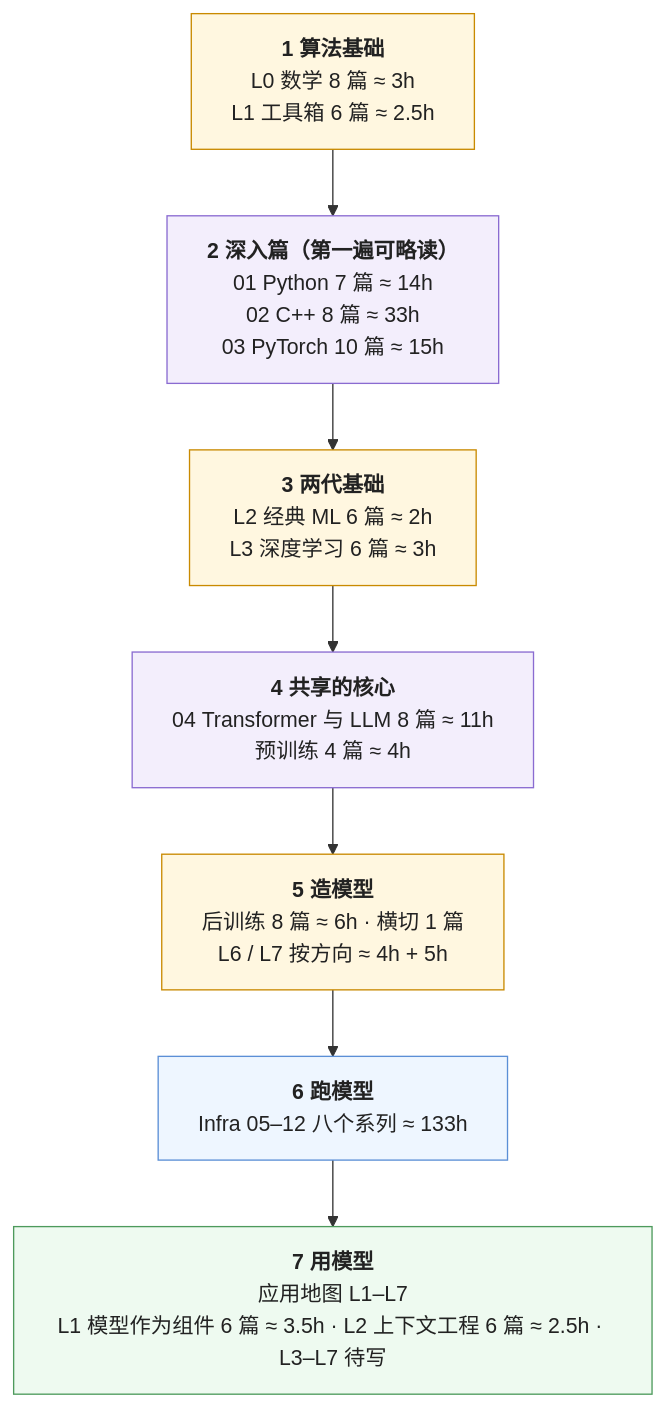
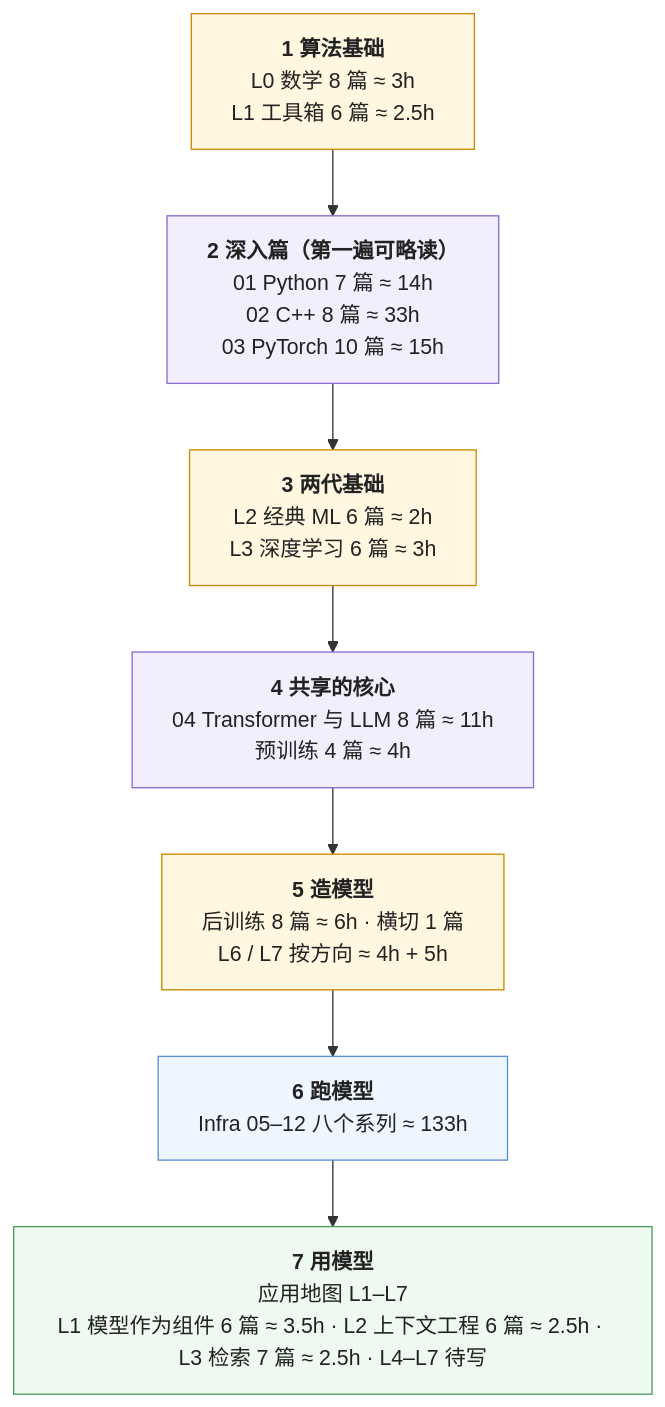
Before and after one commit to arganzheng/arganzheng.github.com: the second of 2 diagrams in _posts/2026-01-01-ai-fullstack-learning-roadmap.md, drawn with Mermaid. The commit also changed other lines of this file and 4 other files, not shown here.

Commit message:
检索与知识接入 07 评测与运营、08 总结自测；地图登记 L3

````diff
--- a/_posts/2026-01-01-ai-fullstack-learning-roadmap.md
+++ b/_posts/2026-01-01-ai-fullstack-learning-roadmap.md
@@ -134,35 +134,35 @@
 ```mermaid
 %%{init: {"flowchart": {"wrappingWidth": 420}}}%%
 flowchart TB
     S1["`**1 算法基础**
 L0 数学 8 篇 ≈ 3h
 L1 工具箱 6 篇 ≈ 2.5h`"]
     S2["`**2 深入篇（第一遍可略读）**
 01 Python 7 篇 ≈ 14h
 02 C++ 8 篇 ≈ 33h
 03 PyTorch 10 篇 ≈ 15h`"]
     S3["`**3 两代基础**
 L2 经典 ML 6 篇 ≈ 2h
 L3 深度学习 6 篇 ≈ 3h`"]
     S4["`**4 共享的核心**
 04 Transformer 与 LLM 8 篇 ≈ 11h
 预训练 4 篇 ≈ 4h`"]
     S5["`**5 造模型**
 后训练 8 篇 ≈ 6h · 横切 1 篇
 L6 / L7 按方向 ≈ 4h + 5h`"]
     S6["`**6 跑模型**
 Infra 05–12 八个系列 ≈ 133h`"]
     S7["`**7 用模型**
 应用地图 L1–L7
-L1 模型作为组件 6 篇 ≈ 3.5h · L2 上下文工程 6 篇 ≈ 2.5h · L3–L7 待写`"]
+L1 模型作为组件 6 篇 ≈ 3.5h · L2 上下文工程 6 篇 ≈ 2.5h · L3 检索 7 篇 ≈ 2.5h · L4–L7 待写`"]
     S1 --> S2 --> S3 --> S4 --> S5 --> S6 --> S7
 
     classDef algo fill:#fff7e0,stroke:#c98a00,stroke-width:1px,color:#222
     classDef infra fill:#eef6ff,stroke:#5b8fd6,stroke-width:1px,color:#222
     classDef app fill:#eefaf0,stroke:#4d9a5c,stroke-width:1px,color:#222
     classDef shared fill:#f3eefc,stroke:#8a6bd1,stroke-width:1px,color:#222
     class S1,S3,S5 algo
     class S2,S4 shared
     class S6 infra
     class S7 app
 ```
````
